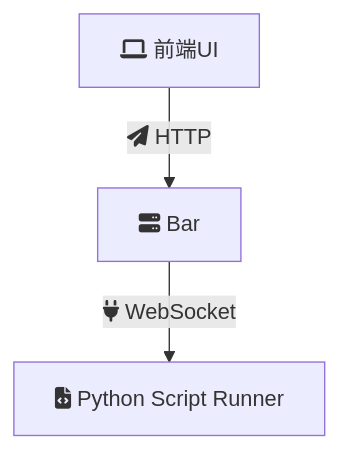
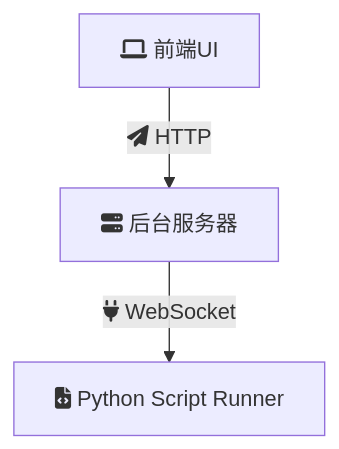
Before and after one commit to AlkeySheng/iodraw-files: the diagram in all/未命名.md, drawn with Mermaid.

Commit message:
2024-05-20 15:01:20 update

````diff
--- a/all/未命名.md
+++ b/all/未命名.md
@@ -1,6 +1,6 @@
 ```mermaid
 graph TD
-    A[fa:fa-laptop 前端UI] -->|fa:fa-paper-plane HTTP| B[fa:fa-server Bar]
+    A[fa:fa-laptop 前端UI] -->|fa:fa-paper-plane HTTP| B[fa:fa-server 后台服务器]
     B -->|fa:fa-plug WebSocket| C[fa:fa-file-code Python Script Runner]
 
 ```
````
